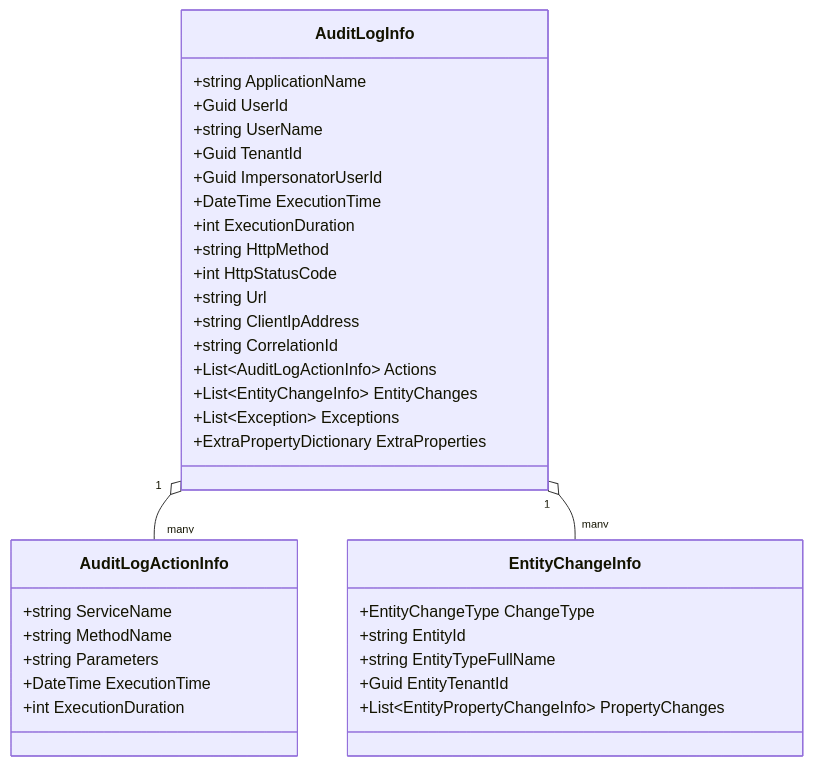
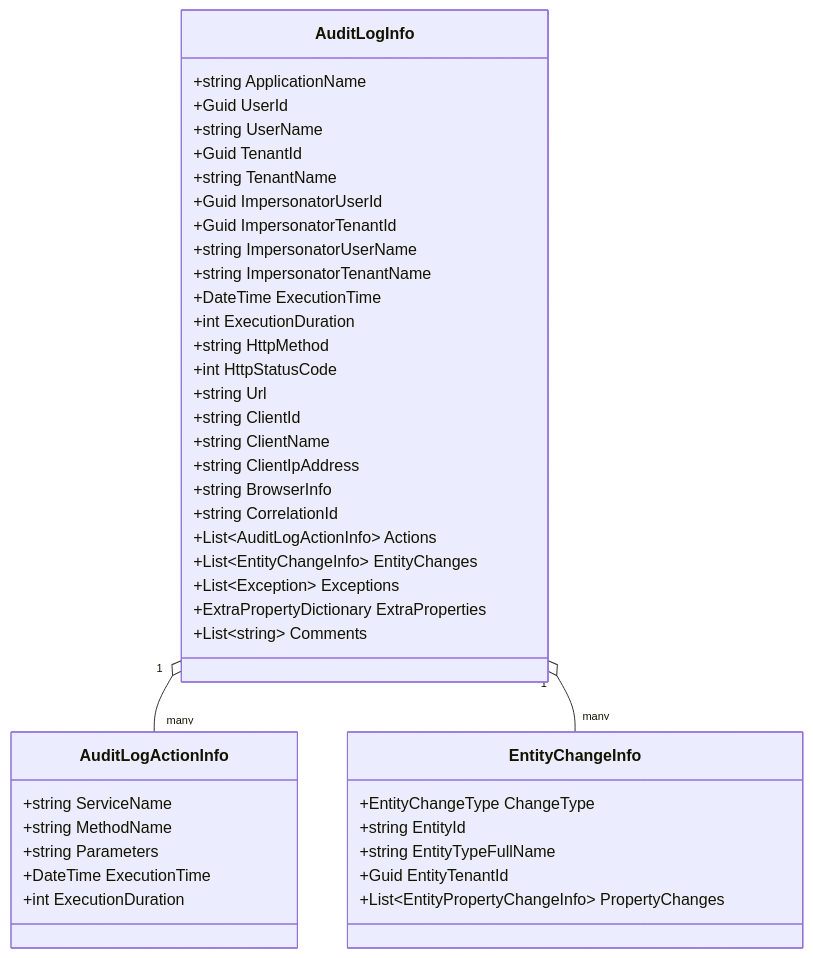
The first of 2 diagrams in cross-cutting/auditing.mdx (mintlify-atlas/docs-wiki-a1b1ff33), drawn with Mermaid before and after one commit. The commit also changed other lines of this file and 51 other files, not shown here.

````diff
--- a/cross-cutting/auditing.mdx
+++ b/cross-cutting/auditing.mdx
@@ -28,37 +28,45 @@
 ```mermaid
 classDiagram
     class AuditLogInfo {
         +string ApplicationName
         +Guid UserId
         +string UserName
         +Guid TenantId
+        +string TenantName
         +Guid ImpersonatorUserId
+        +Guid ImpersonatorTenantId
+        +string ImpersonatorUserName
+        +string ImpersonatorTenantName
         +DateTime ExecutionTime
         +int ExecutionDuration
         +string HttpMethod
         +int HttpStatusCode
         +string Url
+        +string ClientId
+        +string ClientName
         +string ClientIpAddress
+        +string BrowserInfo
         +string CorrelationId
         +List~AuditLogActionInfo~ Actions
         +List~EntityChangeInfo~ EntityChanges
         +List~Exception~ Exceptions
         +ExtraPropertyDictionary ExtraProperties
+        +List~string~ Comments
     }
     class AuditLogActionInfo {
         +string ServiceName
         +string MethodName
         +string Parameters
         +DateTime ExecutionTime
         +int ExecutionDuration
     }
     class EntityChangeInfo {
         +EntityChangeType ChangeType
         +string EntityId
         +string EntityTypeFullName
         +Guid EntityTenantId
         +List~EntityPropertyChangeInfo~ PropertyChanges
     }
     AuditLogInfo "1" o-- "many" AuditLogActionInfo
     AuditLogInfo "1" o-- "many" EntityChangeInfo
 ```
````
